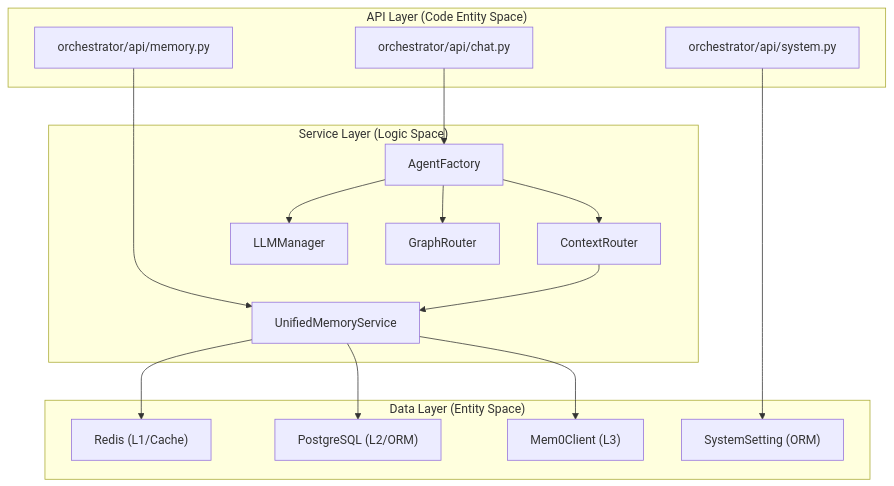
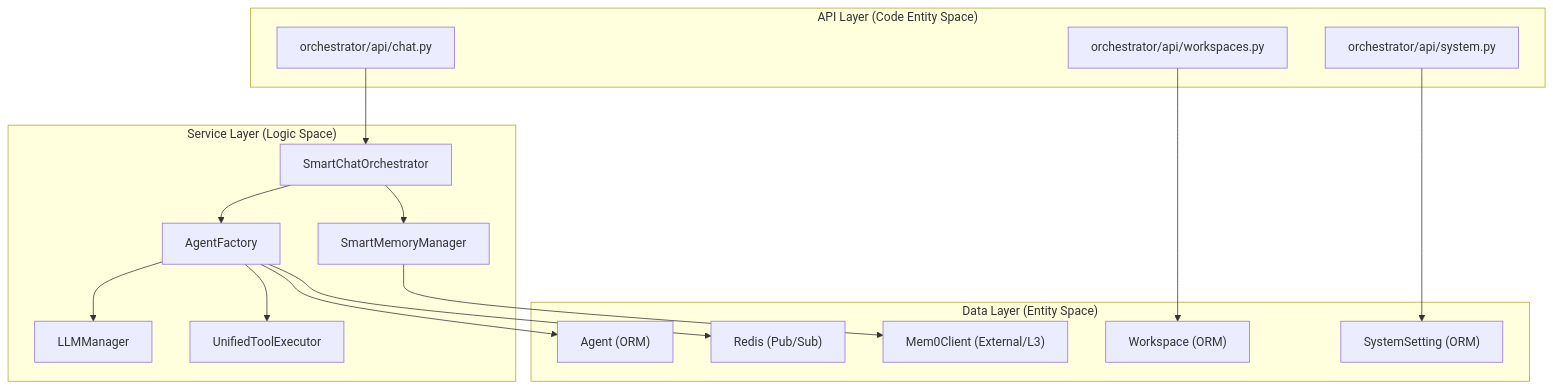
One commit to AutomatosAI/automatos-ai changed the first of 6 diagrams in docs/backend-architecture/service-layer-patterns.md. Above: the diagram before and after it, drawn with Mermaid. The commit also changed other lines of this file and 191 other files, not shown here.

````diff
--- a/docs/backend-architecture/service-layer-patterns.md
+++ b/docs/backend-architecture/service-layer-patterns.md
@@ -34,36 +47,37 @@
 ```mermaid
 graph TB
     subgraph "API Layer (Code Entity Space)"
         ChatRoute["orchestrator/api/chat.py"]
-        MemoryRoute["orchestrator/api/memory.py"]
+        WorkspacesRoute["orchestrator/api/workspaces.py"]
         SystemRoute["orchestrator/api/system.py"]
     end
     
     subgraph "Service Layer (Logic Space)"
-        UnifiedMemory["UnifiedMemoryService"]
-        ContextRouter["ContextRouter"]
+        SmartOrchestrator["SmartChatOrchestrator"]
         AgentFactory["AgentFactory"]
         LLMManager["LLMManager"]
-        GraphRouter["GraphRouter"]
+        UnifiedExecutor["UnifiedToolExecutor"]
+        SmartMemory["SmartMemoryManager"]
     end
     
     subgraph "Data Layer (Entity Space)"
-        Redis["Redis (L1/Cache)"]
-        Postgres["PostgreSQL (L2/ORM)"]
-        Mem0["Mem0Client (L3)"]
+        AgentModel["Agent (ORM)"]
+        WorkspaceModel["Workspace (ORM)"]
+        Mem0Client["Mem0Client (External/L3)"]
+        Redis["Redis (Pub/Sub)"]
         SysSetting["SystemSetting (ORM)"]
     end
     
-    ChatRoute --> AgentFactory
-    MemoryRoute --> UnifiedMemory
+    ChatRoute --> SmartOrchestrator
+    WorkspacesRoute --> WorkspaceModel
     SystemRoute --> SysSetting
     
-    AgentFactory --> ContextRouter
-    ContextRouter --> UnifiedMemory
-    UnifiedMemory --> Redis
-    UnifiedMemory --> Postgres
-    UnifiedMemory --> Mem0
+    SmartOrchestrator --> AgentFactory
+    SmartOrchestrator --> SmartMemory
+    AgentFactory --> LLMManager
+    AgentFactory --> UnifiedExecutor
     
-    AgentFactory --> LLMManager
-    AgentFactory --> GraphRouter
+    AgentFactory --> AgentModel
+    SmartMemory --> Mem0Client
+    AgentFactory --> Redis
 ```
````
